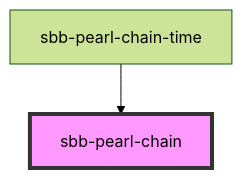
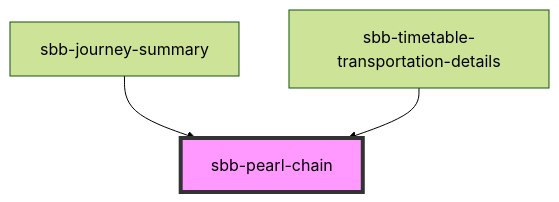
One commit to sbb-design-systems/lyne-components changed the diagram in src/components/sbb-pearl-chain/readme.md. Above: the diagram before and after it, drawn with Mermaid (forest theme). The commit also changed other lines of this file and 8 other files, not shown here.

````diff
--- a/src/components/sbb-pearl-chain/readme.md
+++ b/src/components/sbb-pearl-chain/readme.md
@@ -46,5 +47,6 @@
 ```mermaid
 graph TD;
-  sbb-pearl-chain-time --> sbb-pearl-chain
+  sbb-journey-summary --> sbb-pearl-chain
+  sbb-timetable-transportation-details --> sbb-pearl-chain
   style sbb-pearl-chain fill:#f9f,stroke:#333,stroke-width:4px
 ```
````
